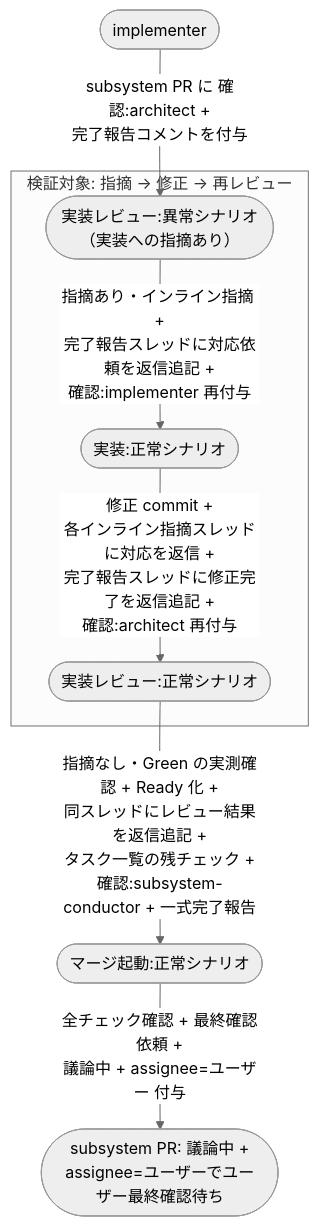
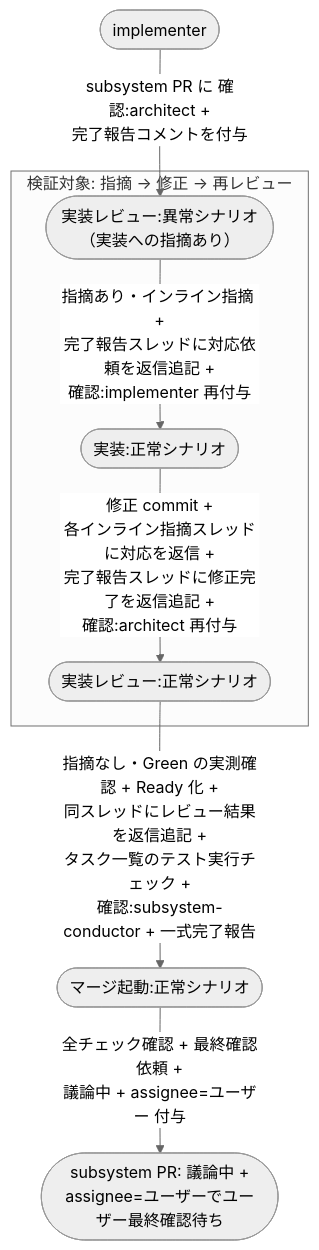
The second of 3 diagrams in docs/wiki/設計図/シナリオ/複合ユースケース/レビュー指摘からの修正.md (shuhei1101/ai-monitor), drawn with Mermaid (neutral theme) before and after one commit. The commit also changed 77 other files, not shown here.

````diff
--- a/docs/wiki/設計図/シナリオ/複合ユースケース/レビュー指摘からの修正.md
+++ b/docs/wiki/設計図/シナリオ/複合ユースケース/レビュー指摘からの修正.md
@@ -65,17 +65,17 @@
 ```mermaid
 flowchart TD
   A0([implementer]) -->|subsystem PR に 確認:architect +<br>完了報告コメントを付与| UC1
 
   subgraph FOCUS["検証対象: 指摘 → 修正 → 再レビュー"]
     UC1([実装レビュー:異常シナリオ<br>（実装への指摘あり）]) -->|指摘あり・インライン指摘 +<br>完了報告スレッドに対応依頼を返信追記 +<br>確認:implementer 再付与| UC2([実装:正常シナリオ])
     UC2 -->|修正 commit +<br>各インライン指摘スレッドに対応を返信 +<br>完了報告スレッドに修正完了を返信追記 +<br>確認:architect 再付与| UC3([実装レビュー:正常シナリオ])
   end
 
-  UC3 -->|指摘なし・Green の実測確認 + Ready 化 +<br>同スレッドにレビュー結果を返信追記 +<br>タスク一覧の残チェック +<br>確認:subsystem-conductor + 一式完了報告| UC4([マージ起動:正常シナリオ])
+  UC3 -->|指摘なし・Green の実測確認 + Ready 化 +<br>同スレッドにレビュー結果を返信追記 +<br>タスク一覧のテスト実行チェック +<br>確認:subsystem-conductor + 一式完了報告| UC4([マージ起動:正常シナリオ])
   UC4 -->|全チェック確認 + 最終確認依頼 +<br>議論中 + assignee=ユーザー 付与| DONE([subsystem PR: 議論中 +<br>assignee=ユーザーでユーザー最終確認待ち])
 
   click UC1 "../単一ユースケース/実装レビュー.md#異常シナリオ実装への指摘あり"
   click UC2 "../単一ユースケース/実装.md#正常シナリオ"
   click UC3 "../単一ユースケース/実装レビュー.md#正常シナリオ"
   click UC4 "../単一ユースケース/マージ起動.md#正常シナリオ"
 ```
````
